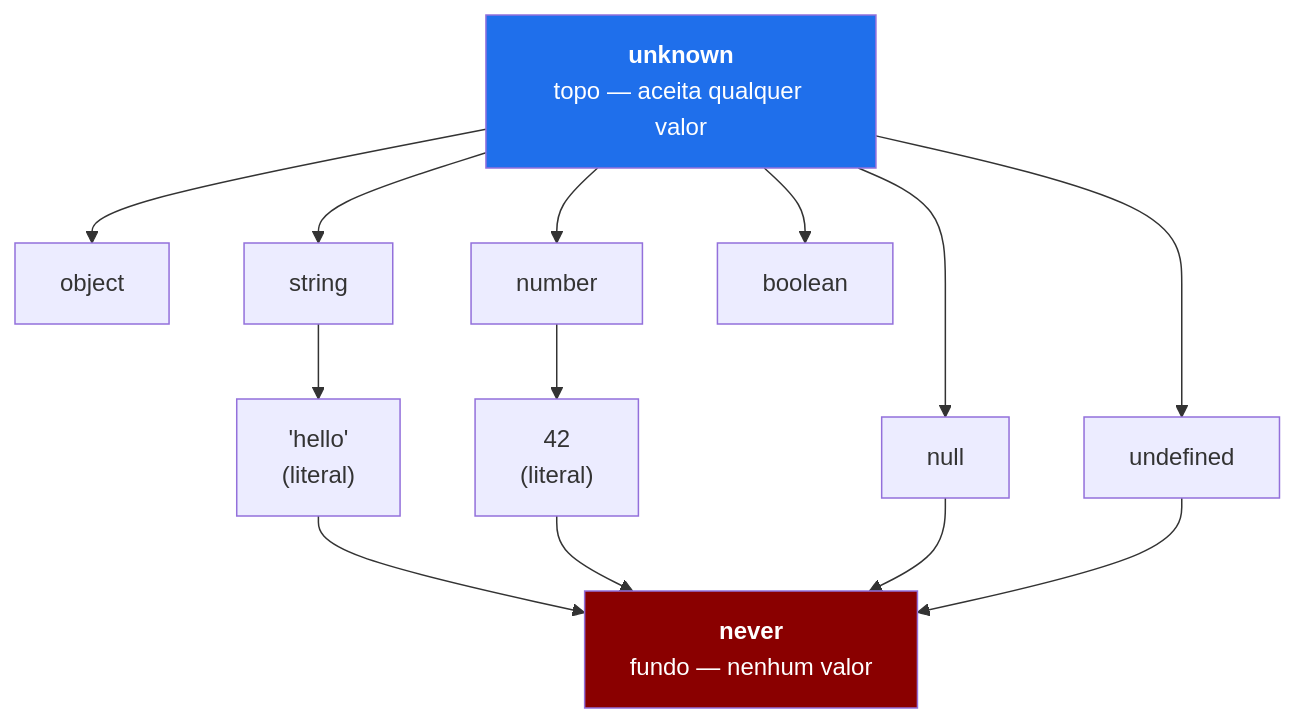
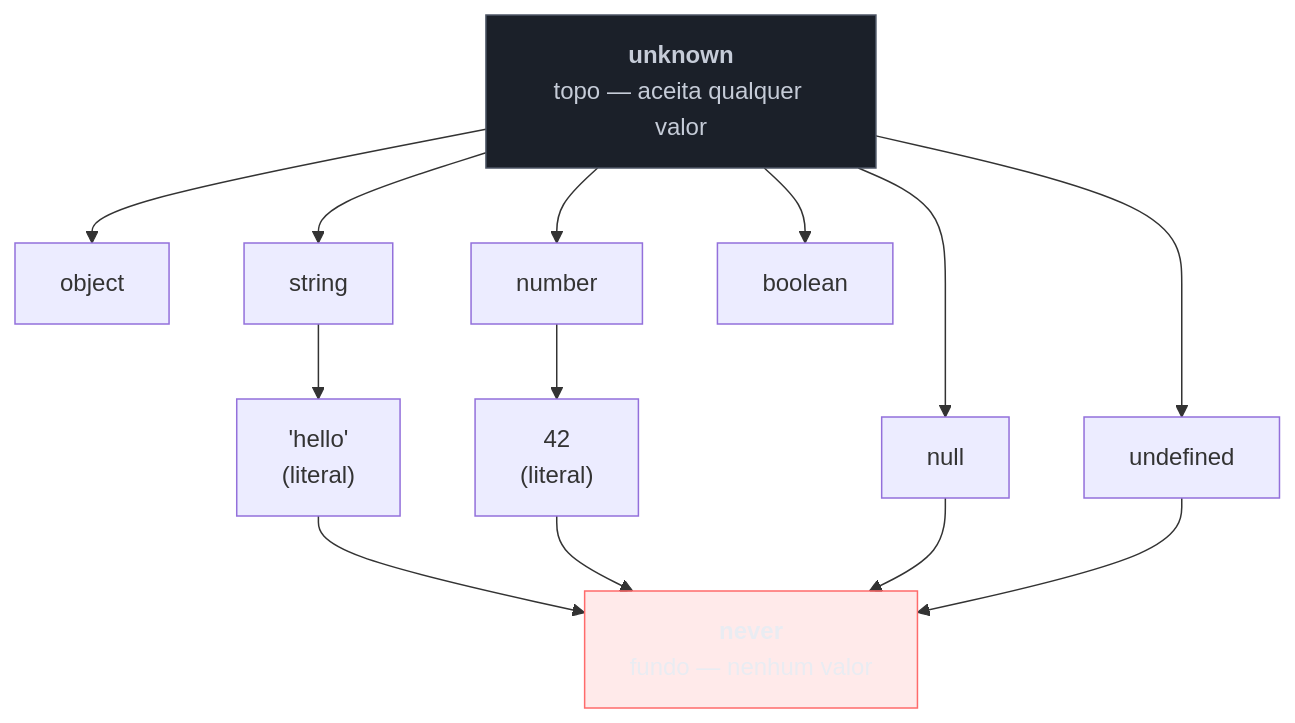
The first of 4 diagrams in 03-Dominios/Tecnologia/TypeScript/04 - any, unknown e never.md (josenaldo/codex-technomanticus), drawn with Mermaid before and after one commit. The commit also changed other lines of this file and 1181 other files, not shown here.

First line of the commit message:
fix(diagramas): paleta do sistema no lugar de cor cravada no markdown

````diff
--- a/03-Dominios/Tecnologia/TypeScript/04 - any, unknown e never.md
+++ b/03-Dominios/Tecnologia/TypeScript/04 - any, unknown e never.md
@@ -30,29 +30,31 @@
 ```mermaid
 graph TD
+    classDef neutro fill:#1B2029,stroke:#4E5666,color:#C6CCD8
+    classDef falha fill:#FF6B6B24,stroke:#FF6B6B,color:#E9ECF2
     UNK["<b>unknown</b><br/>topo — aceita qualquer valor"]
     OBJ["object"]
     STR["string"]
     NUM["number"]
     BOOL["boolean"]
     NULL["null"]
     UNDEF["undefined"]
     LIT1["'hello'<br/>(literal)"]
     LIT2["42<br/>(literal)"]
     NEV["<b>never</b><br/>fundo — nenhum valor"]
 
     UNK --> OBJ
     UNK --> STR
     UNK --> NUM
     UNK --> BOOL
     UNK --> NULL
     UNK --> UNDEF
     STR --> LIT1
     NUM --> LIT2
     LIT1 --> NEV
     LIT2 --> NEV
     NULL --> NEV
     UNDEF --> NEV
 
-    style UNK fill:#1f6feb,color:#fff
-    style NEV fill:#8a0000,color:#fff
+    class UNK neutro
+    class NEV falha
 ```
````
